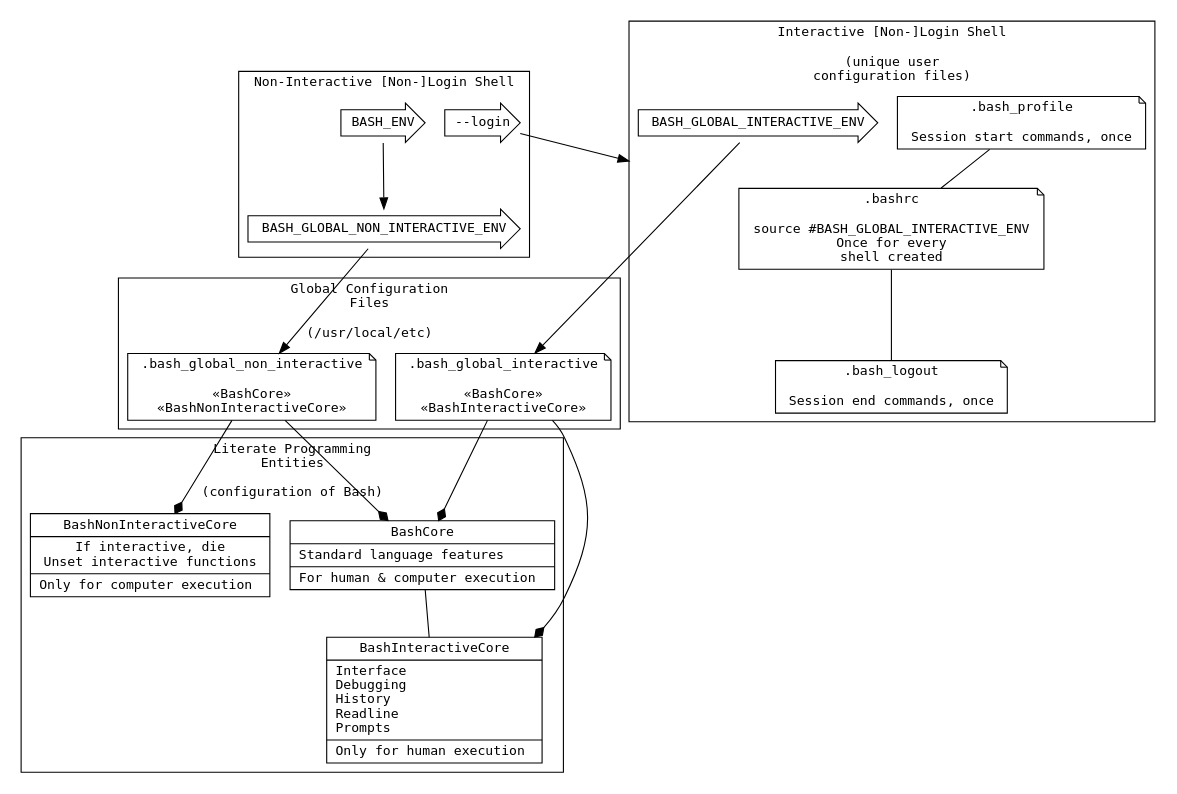
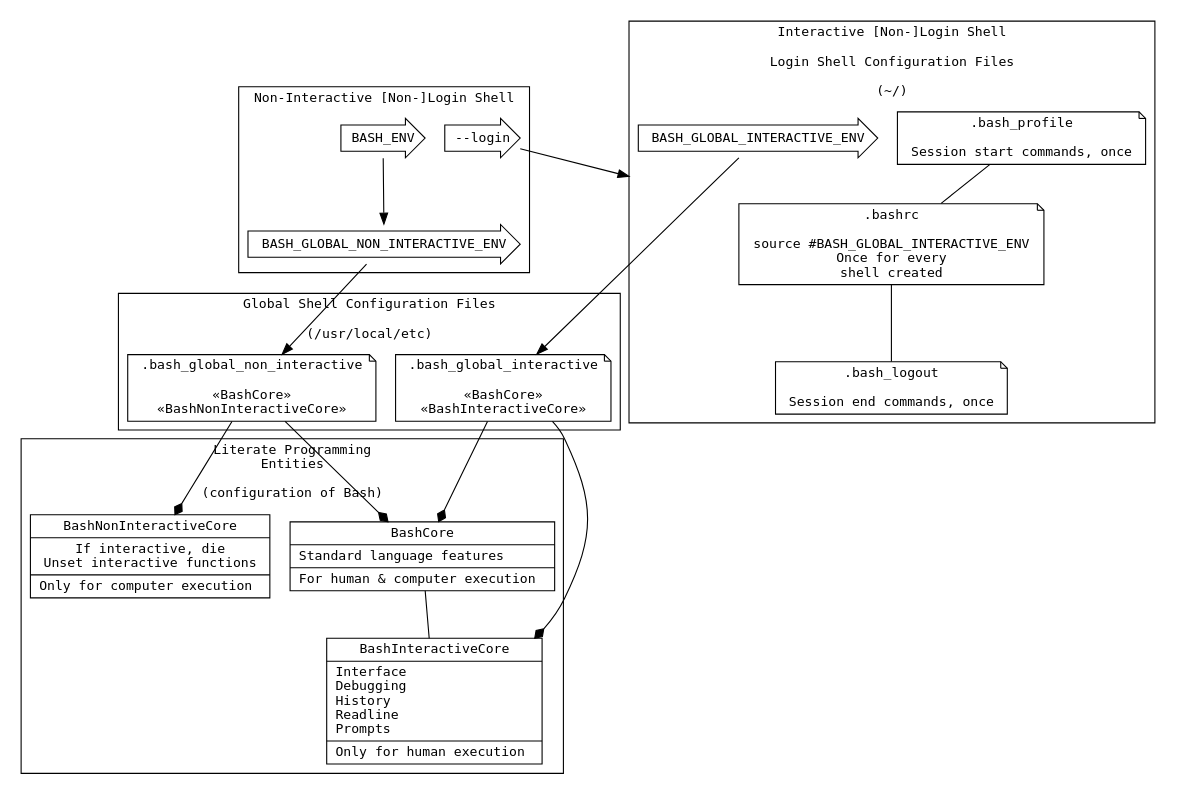
Before and after one commit to grettke/bash: the diagram in bash.org, drawn with Graphviz. The commit also changed 1 other file, not shown here.

Commit message:
Word choice again

```diff
--- a/bash.org
+++ b/bash.org
@@ -2436,42 +2436,42 @@
 #+BEGIN_SRC dot :file "./image/version04.png" :wrap "RESULTS"
 digraph version5 {
   fontname = "DejaVu Sans Mono";
   fontsize = 12;
   node [shape = "record" fontname = "DejaVu Sans Mono" fontsize = 12];
   compound = true;
   subgraph cluster_A {
     label = "Literate Programming\nEntities\n\n(configuration of Bash)";
     BashCore[label = "{BashCore|Standard language features\l|For human & computer execution\l}"];
     BashNonInteractiveCore[label = "{BashNonInteractiveCore|If interactive, die\nUnset interactive functions|Only for computer execution\l}"];
     BashInteractiveCore[label = "{BashInteractiveCore|Interface\lDebugging\lHistory\lReadline\lPrompts\l|Only for human execution\l}"];
   }
   subgraph cluster_B {
-    label = "Global Configuration\nFiles\n\n(/usr/local/etc)";
+    label = "Global Shell Configuration Files\n\n(/usr/local/etc)";
     BashGlobalNonInteractiveFile[shape = "note" label = ".bash_global_non_interactive\n\n«BashCore»\n«BashNonInteractiveCore»"];
     BashGlobalInteractiveFile[shape = "note" label = ".bash_global_interactive\n\n«BashCore»\n«BashInteractiveCore»"];
   }
   subgraph cluster_C {
-    label = "Interactive [Non-]Login Shell\n\n(unique user\nconfiguration files)";
+    label = "Interactive [Non-]Login Shell\n\nLogin Shell Configuration Files\n\n(~/)";
     BashProfile[shape = "note" label = ".bash_profile\n\nSession start commands, once"];
     BashRc[shape = "note" label = ".bashrc\n\nsource #BASH_GLOBAL_INTERACTIVE_ENV\nOnce for every\nshell created"];
     BashLogout[shape = "note" label = ".bash_logout\n\nSession end commands, once"];
     BashGlobalInteractiveProp [shape = "rarrow" label = "BASH_GLOBAL_INTERACTIVE_ENV"];
   }
   subgraph cluster_D {
     label = "Non-Interactive [Non-]Login Shell";
     BashEnv [shape = "rarrow" label = "BASH_ENV"];
     BashGlobalNonInteractiveProp [shape = "rarrow" label = "BASH_GLOBAL_NON_INTERACTIVE_ENV"];
     BashNonInteractiveLoginInit [shape = "rarrow" label="--login"];
   }
   BashCore -> BashInteractiveCore [arrowhead=none];
   BashProfile -> BashRc [arrowhead=none];
   BashRc -> BashLogout [arrowhead=none];
   BashEnv -> BashGlobalNonInteractiveProp -> BashGlobalNonInteractiveFile;
   BashGlobalInteractiveProp -> BashGlobalInteractiveFile;
   BashNonInteractiveLoginInit -> BashRc [lhead=cluster_C];
   BashGlobalInteractiveFile -> BashCore [arrowhead=diamond];
   BashGlobalInteractiveFile -> BashInteractiveCore [arrowhead=diamond];
   BashGlobalNonInteractiveFile -> BashCore [arrowhead=diamond];
   BashGlobalNonInteractiveFile -> BashNonInteractiveCore [arrowhead=diamond];
 }
 #+END_SRC
```
